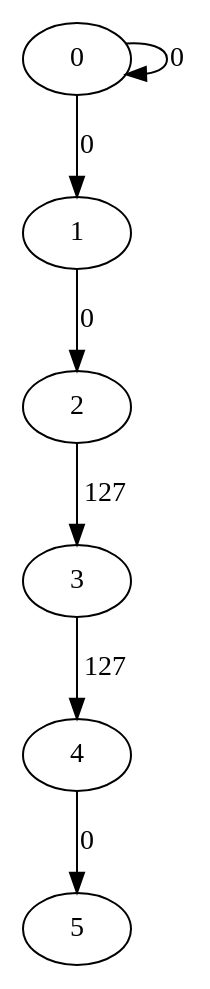
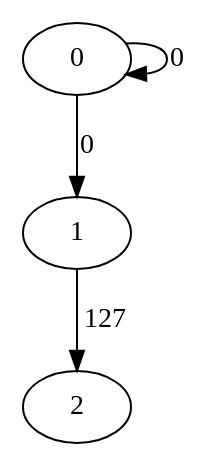
Before and after one commit to taiseiKMC/SyMon: the diagram in example/epsilon/eps.dot, drawn with Graphviz. The commit also changed 1 other file, not shown here.

```diff
--- a/example/epsilon/eps.dot
+++ b/example/epsilon/eps.dot
@@ -1,21 +1,14 @@
 digraph G {
     graph [
-    clock_variable_size = 1
-    string_variable_size = 1
-    number_variable_size = 0
-    parameter_size = 0
+        clock_variable_size = 1
+        string_variable_size = 1
+        number_variable_size = 0
+        parameter_size = 0
     ]
     0 [init=1][match=0]
     1 [init=0][match=0]
-    2 [init=0][match=0]
-    3 [init=0][match=0]
-    4 [init=0][match=0]
-    5 [init=0][match=1]
+    2 [init=0][match=1]
     0 -> 0 [label=0]
-    0 -> 1 [label=0]
-    1 -> 2 [label=0][s_constraints="{x1 == 'a'}"][reset="{0}"]
-    2 -> 3 [label=127][s_constraints="{x0 == 'z'}"][guard="{x0 == 1}"]
-    3 -> 4 [label=127][s_constraints="{x0 == 'z'}"][guard="{x0 == 2}"]
-    4 -> 5 [label=0][s_constraints="{x1 == 'b'}"][guard="{x0 > 4}"]
-
+    0 -> 1 [label=0][s_constraints="{x1 == 'c'}"][reset="{0}"]
+    1 -> 2 [label=127][guard="{x0 == 3}"]
 }
```
